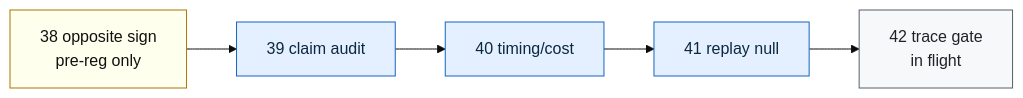
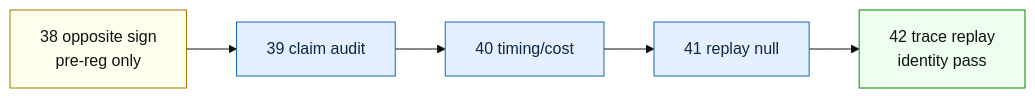
One commit to manfromnowhere143/sentinel changed the fourth of 6 diagrams in README.md. Above: the diagram before and after it, drawn with Mermaid (base theme). The commit also changed other lines of this file and 1 other file, not shown here.

Commit message:
docs: record iter42 trace replay-support pass in README status/tracker/diagram and CONTINUITY arc + shift log

````diff
--- a/README.md
+++ b/README.md
@@ -160,13 +160,13 @@
 ```mermaid
 flowchart LR
   O38["38 opposite sign<br/>pre-reg only"] --> A39["39 claim audit"]
   A39 --> A40["40 timing/cost"]
   A40 --> A41["41 replay null"]
-  A41 --> A42["42 trace gate<br/>in flight"]
+  A41 --> A42["42 trace replay<br/>identity pass"]
   classDef ask fill:#ffe,stroke:#a70,color:#111;
   classDef audit fill:#e4f0ff,stroke:#1565c0,color:#0c2742;
-  classDef next fill:#f6f8fa,stroke:#57606a,color:#1f2328;
+  classDef win fill:#efe,stroke:#080,color:#111;
   class O38 ask;
   class A39,A40,A41 audit;
-  class A42 next;
+  class A42 win;
 ```
````
